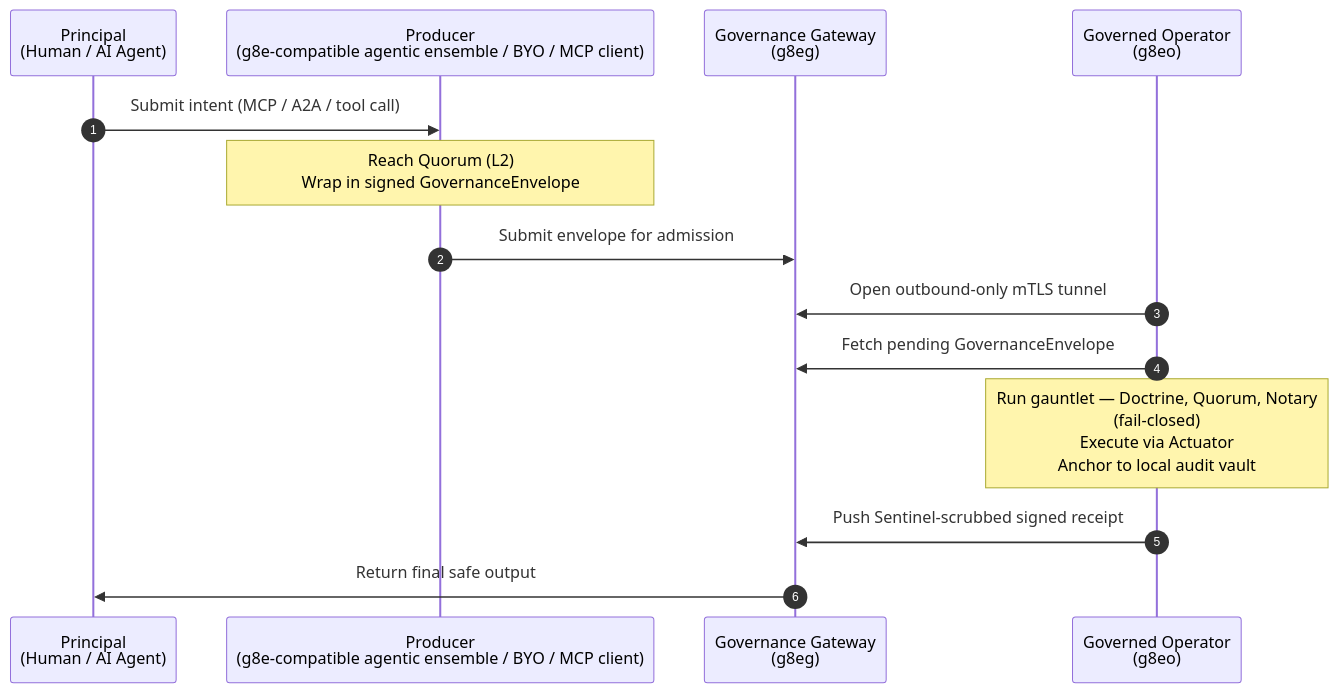
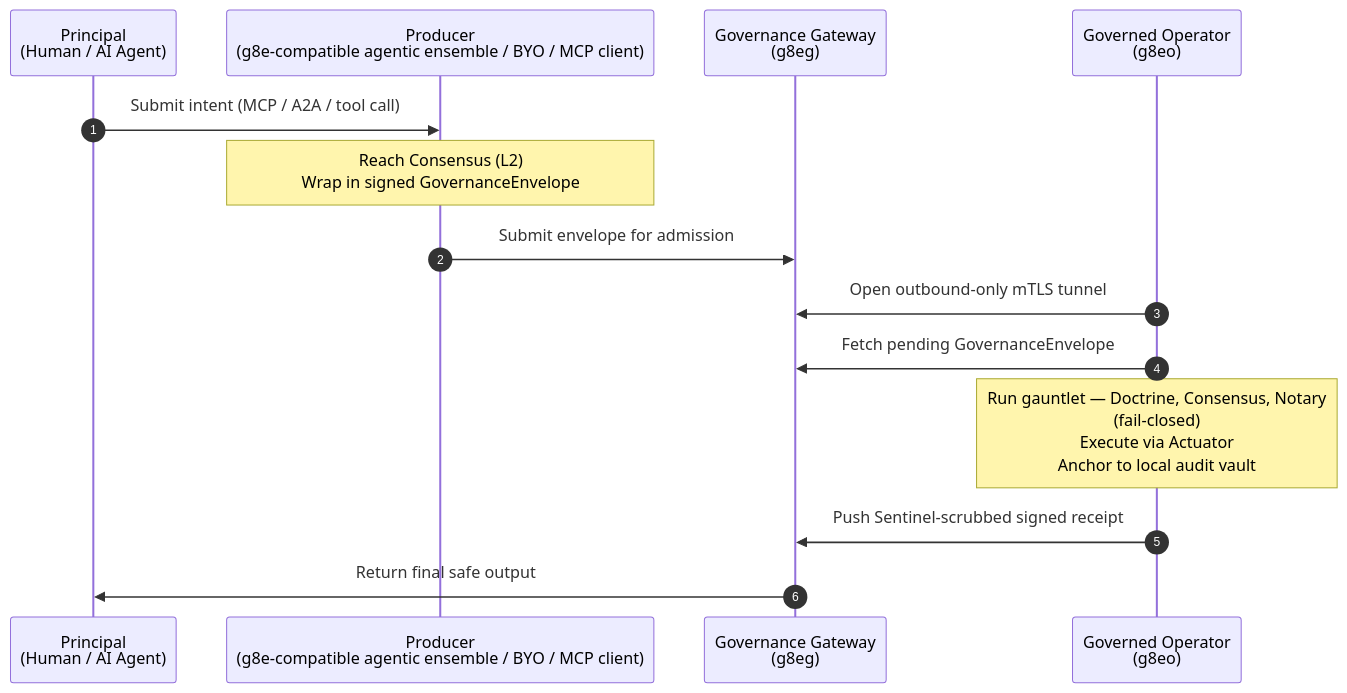
One commit to g8e-ai/g8e changed the first of 2 diagrams in README.md. Above: the diagram before and after it, drawn with Mermaid. The commit also changed other lines of this file and 43 other files, not shown here.

````diff
--- a/README.md
+++ b/README.md
@@ -85,20 +85,20 @@
 ```mermaid
 sequenceDiagram
     autonumber
     participant Principal as Principal<br/>(Human / AI Agent)
     participant Ensemble as Producer<br/>(g8e-compatible agentic ensemble / BYO / MCP client)
     participant Gateway as Governance Gateway<br/>(g8eg)
     participant Operator as Governed Operator<br/>(g8eo)
 
     Principal->>Ensemble: Submit intent (MCP / A2A / tool call)
-    Note over Ensemble: Reach Quorum (L2)<br/>Wrap in signed GovernanceEnvelope
+    Note over Ensemble: Reach Consensus (L2)<br/>Wrap in signed GovernanceEnvelope
     Ensemble->>Gateway: Submit envelope for admission
 
     Operator->>Gateway: Open outbound-only mTLS tunnel
     Operator->>Gateway: Fetch pending GovernanceEnvelope
 
-    Note over Operator: Run gauntlet — Doctrine, Quorum, Notary<br/>(fail-closed)<br/>Execute via Actuator<br/>Anchor to local audit vault
+    Note over Operator: Run gauntlet — Doctrine, Consensus, Notary<br/>(fail-closed)<br/>Execute via Actuator<br/>Anchor to local audit vault
 
     Operator->>Gateway: Push Sentinel-scrubbed signed receipt
     Gateway->>Principal: Return final safe output
 ```
````
